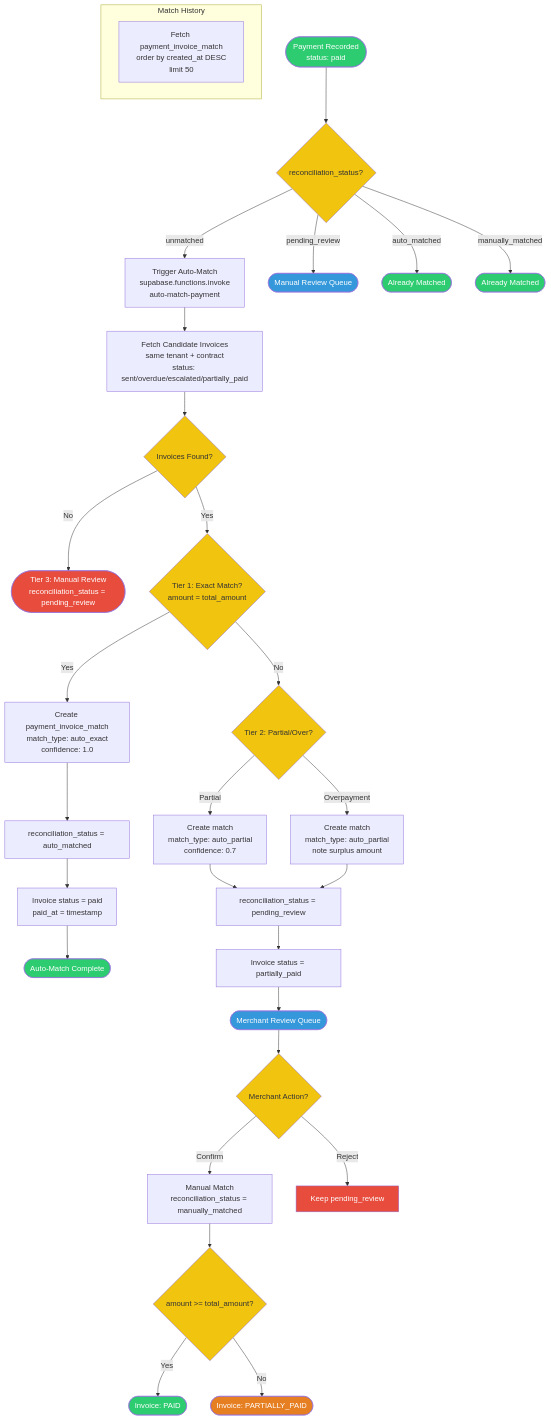
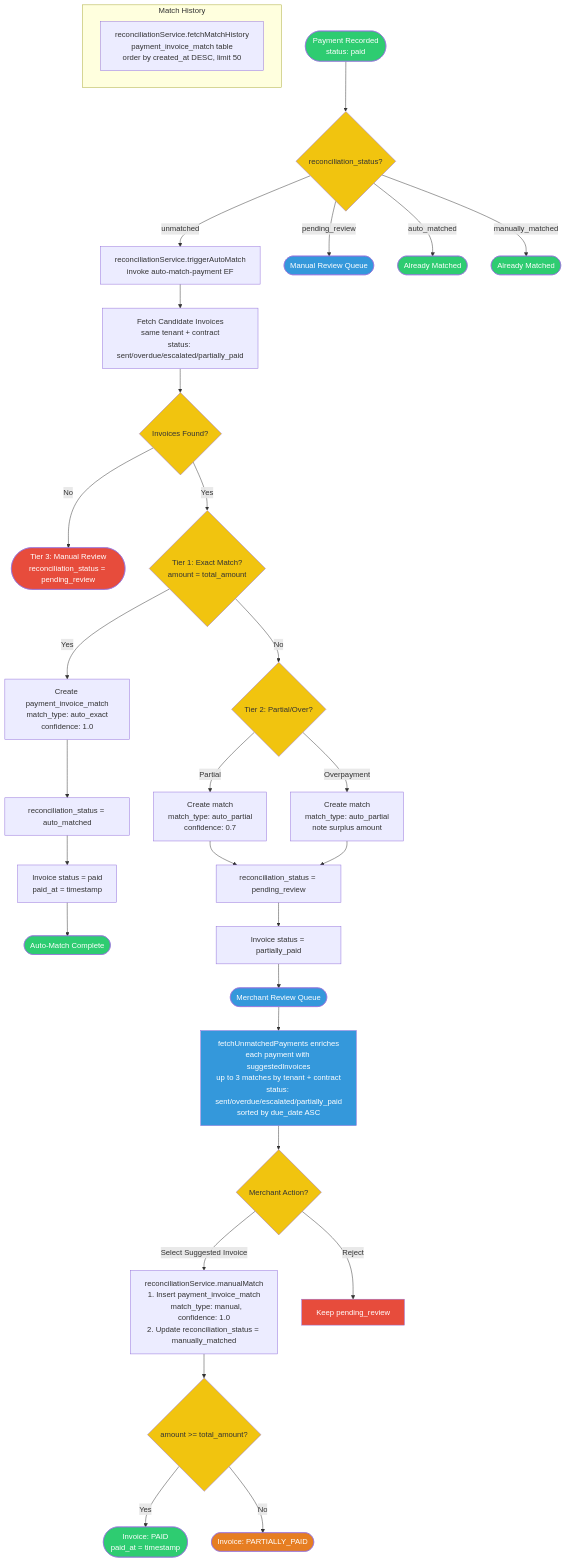
One commit to itsramaa/Sistem-Hunian changed diagram 16 of 24 in old-docs/merchant_activity_diagram.md. Above: the diagram before and after it, drawn with Mermaid. The commit also changed other lines of this file, not shown here.

````diff
--- a/old-docs/merchant_activity_diagram.md
+++ b/old-docs/merchant_activity_diagram.md
@@ -1411,59 +1430,62 @@
 ```mermaid
 flowchart TD
     START([Payment Recorded<br/>status: paid]) --> CHECK_RECON{reconciliation_status?}
 
-    CHECK_RECON -->|unmatched| TRIGGER_AUTO[Trigger Auto-Match<br/>supabase.functions.invoke<br/>auto-match-payment]
+    CHECK_RECON -->|unmatched| TRIGGER_AUTO[reconciliationService.triggerAutoMatch<br/>invoke auto-match-payment EF]
     CHECK_RECON -->|pending_review| MANUAL_QUEUE([Manual Review Queue])
     CHECK_RECON -->|auto_matched| DONE_AUTO([Already Matched])
     CHECK_RECON -->|manually_matched| DONE_MANUAL([Already Matched])
 
     TRIGGER_AUTO --> FETCH_INV[Fetch Candidate Invoices<br/>same tenant + contract<br/>status: sent/overdue/escalated/partially_paid]
 
     FETCH_INV --> HAS_INV{Invoices Found?}
     HAS_INV -->|No| TIER3_NO([Tier 3: Manual Review<br/>reconciliation_status = pending_review])
 
     HAS_INV -->|Yes| TIER1{Tier 1: Exact Match?<br/>amount = total_amount}
     TIER1 -->|Yes| EXACT_MATCH[Create payment_invoice_match<br/>match_type: auto_exact<br/>confidence: 1.0]
     EXACT_MATCH --> UPDATE_PAY_1[reconciliation_status = auto_matched]
     UPDATE_PAY_1 --> UPDATE_INV_1[Invoice status = paid<br/>paid_at = timestamp]
     UPDATE_INV_1 --> MATCHED_DONE([Auto-Match Complete])
 
     TIER1 -->|No| TIER2{Tier 2: Partial/Over?}
     TIER2 -->|Partial| PARTIAL_MATCH[Create match<br/>match_type: auto_partial<br/>confidence: 0.7]
     PARTIAL_MATCH --> UPDATE_PAY_2[reconciliation_status = pending_review]
     UPDATE_PAY_2 --> UPDATE_INV_2[Invoice status = partially_paid]
 
     TIER2 -->|Overpayment| OVER_MATCH[Create match<br/>match_type: auto_partial<br/>note surplus amount]
     OVER_MATCH --> UPDATE_PAY_2
 
     UPDATE_INV_2 --> MERCHANT_REVIEW([Merchant Review Queue])
 
-    MERCHANT_REVIEW --> MANUAL_ACT{Merchant Action?}
-    MANUAL_ACT -->|Confirm| MANUAL_CONFIRM[Manual Match<br/>reconciliation_status = manually_matched]
+    MERCHANT_REVIEW --> SUGGESTED[fetchUnmatchedPayments enriches<br/>each payment with suggestedInvoices<br/>up to 3 matches by tenant + contract<br/>status: sent/overdue/escalated/partially_paid<br/>sorted by due_date ASC]
+
+    SUGGESTED --> MANUAL_ACT{Merchant Action?}
+    MANUAL_ACT -->|Select Suggested Invoice| MANUAL_CONFIRM[reconciliationService.manualMatch<br/>1. Insert payment_invoice_match<br/>   match_type: manual, confidence: 1.0<br/>2. Update reconciliation_status = manually_matched]
     MANUAL_ACT -->|Reject| MANUAL_REJECT[Keep pending_review]
 
     MANUAL_CONFIRM --> INV_UPDATE_FINAL{amount >= total_amount?}
-    INV_UPDATE_FINAL -->|Yes| INV_PAID([Invoice: PAID])
+    INV_UPDATE_FINAL -->|Yes| INV_PAID([Invoice: PAID<br/>paid_at = timestamp])
     INV_UPDATE_FINAL -->|No| INV_PARTIAL([Invoice: PARTIALLY_PAID])
 
     subgraph HISTORY [Match History]
-        HIST_VIEW[Fetch payment_invoice_match<br/>order by created_at DESC<br/>limit 50]
+        HIST_VIEW[reconciliationService.fetchMatchHistory<br/>payment_invoice_match table<br/>order by created_at DESC, limit 50]
     end
 
     style START fill:#2ecc71,color:#fff
     style MATCHED_DONE fill:#2ecc71,color:#fff
     style INV_PAID fill:#2ecc71,color:#fff
     style DONE_AUTO fill:#2ecc71,color:#fff
     style DONE_MANUAL fill:#2ecc71,color:#fff
     style TIER3_NO fill:#e74c3c,color:#fff
     style MANUAL_REJECT fill:#e74c3c,color:#fff
     style MERCHANT_REVIEW fill:#3498db,color:#fff
     style MANUAL_QUEUE fill:#3498db,color:#fff
+    style SUGGESTED fill:#3498db,color:#fff
     style INV_PARTIAL fill:#e67e22,color:#fff
     style CHECK_RECON fill:#f1c40f,color:#333
     style HAS_INV fill:#f1c40f,color:#333
     style TIER1 fill:#f1c40f,color:#333
     style TIER2 fill:#f1c40f,color:#333
     style MANUAL_ACT fill:#f1c40f,color:#333
     style INV_UPDATE_FINAL fill:#f1c40f,color:#333
 ```
````
